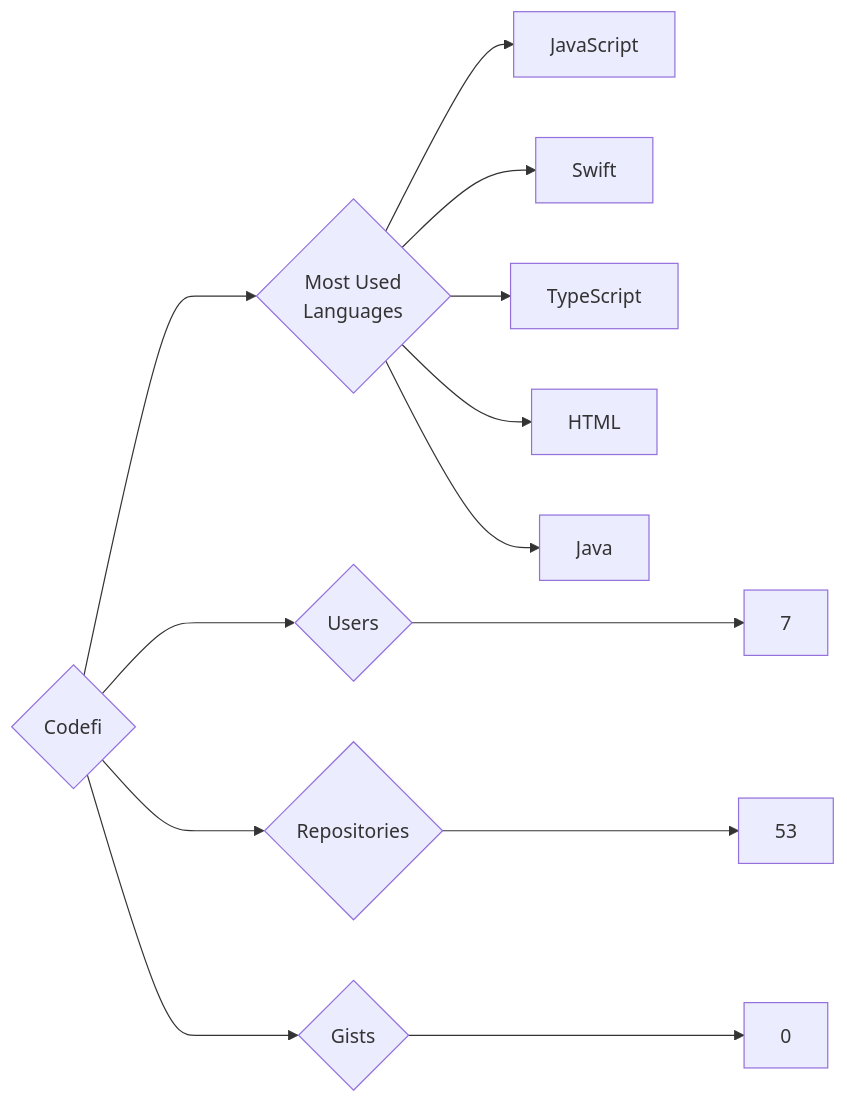
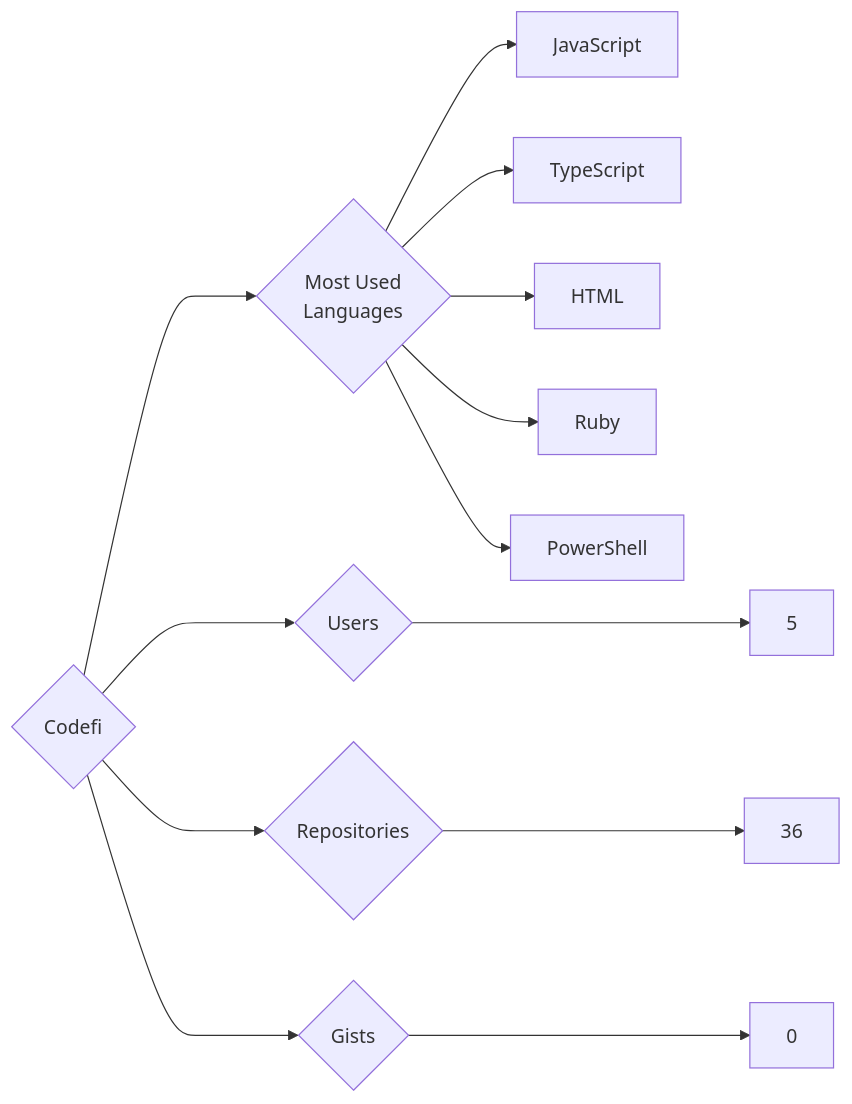
The diagram in targets/Codefi/README.md (trickest/insiders), drawn with Mermaid before and after one commit. The commit also changed 965 other files, not shown here.

````diff
--- a/targets/Codefi/README.md
+++ b/targets/Codefi/README.md
@@ -3,13 +3,13 @@
 ```mermaid
 graph LR
 COMPANY_NAME{Codefi}
-COMPANY_NAME ---> U{Users} ---> UN[7]
-COMPANY_NAME ---> R{Repositories} ---> RN[53]
+COMPANY_NAME ---> U{Users} ---> UN[5]
+COMPANY_NAME ---> R{Repositories} ---> RN[36]
 COMPANY_NAME ---> G{Gists} ---> GN[0]
 COMPANY_NAME ---> ML{Most Used<br>Languages}
 ML --> JavaScript[JavaScript]
-ML --> Swift[Swift]
 ML --> TypeScript[TypeScript]
 ML --> HTML[HTML]
-ML --> Java[Java]
+ML --> Ruby[Ruby]
+ML --> PowerShell[PowerShell]
 ```
````
